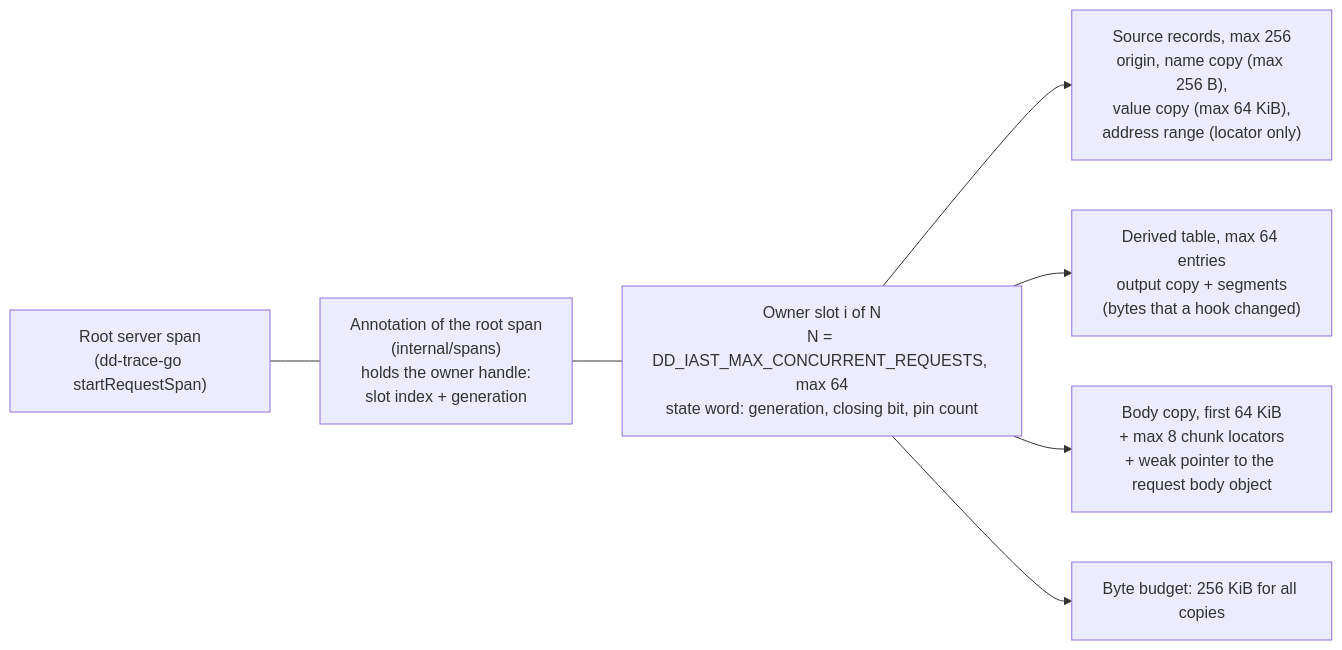
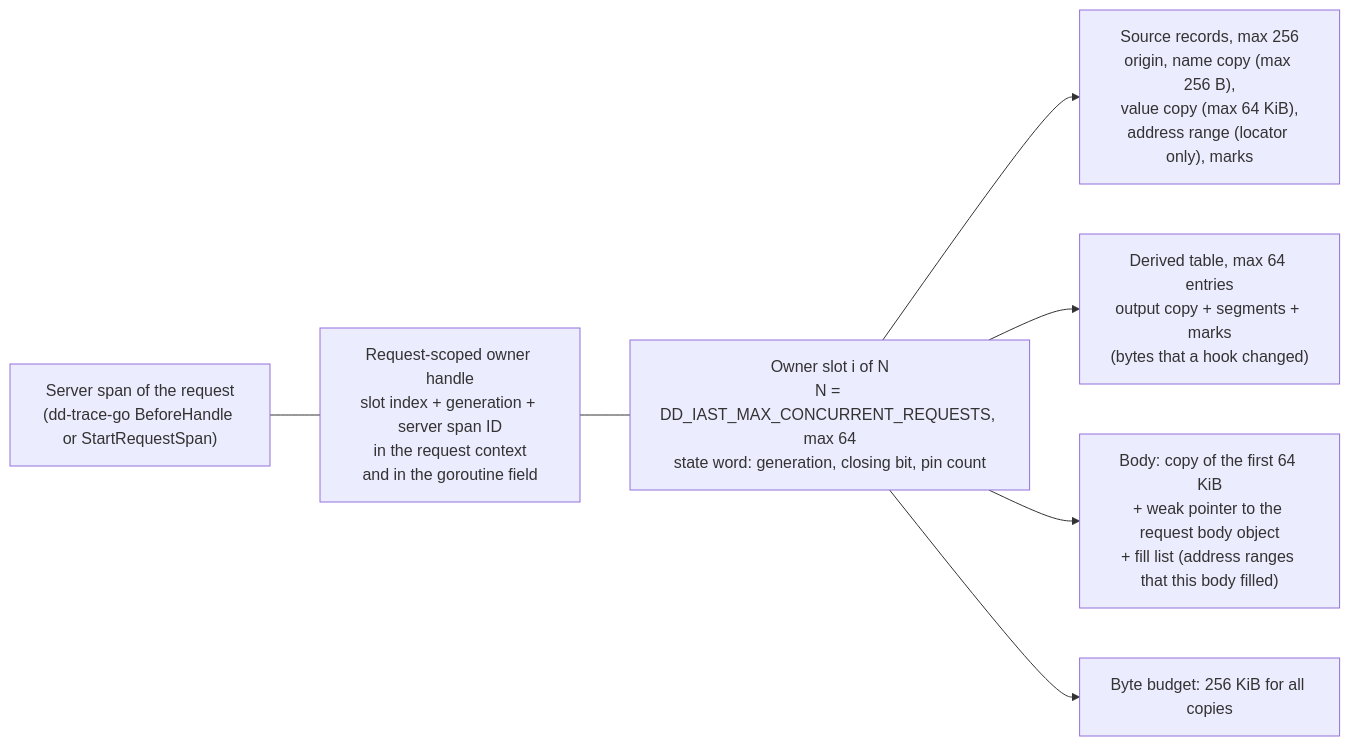
One commit to DataDog/dd-iast-go changed the third of 7 diagrams in _docs/design/taint-tracking-v0.md. Above: the diagram before and after it, drawn with Mermaid. The commit also changed other lines of this file, not shown here.

````diff
--- a/_docs/design/taint-tracking-v0.md
+++ b/_docs/design/taint-tracking-v0.md
@@ -280,9 +323,9 @@
 ```mermaid
 flowchart LR
-  RS["Root server span<br/>(dd-trace-go startRequestSpan)"] --- ANN["Annotation of the root span<br/>(internal/spans)<br/>holds the owner handle:<br/>slot index + generation"]
-  ANN --- OW["Owner slot i of N<br/>N = DD_IAST_MAX_CONCURRENT_REQUESTS, max 64<br/>state word: generation, closing bit, pin count"]
-  OW --> SR["Source records, max 256<br/>origin, name copy (max 256 B),<br/>value copy (max 64 KiB),<br/>address range (locator only)"]
-  OW --> DT["Derived table, max 64 entries<br/>output copy + segments<br/>(bytes that a hook changed)"]
-  OW --> BC["Body copy, first 64 KiB<br/>+ max 8 chunk locators<br/>+ weak pointer to the request body object"]
+  SS["Server span of the request<br/>(dd-trace-go BeforeHandle or StartRequestSpan)"] --- H["Request-scoped owner handle<br/>slot index + generation + server span ID<br/>in the request context<br/>and in the goroutine field"]
+  H --- OW["Owner slot i of N<br/>N = DD_IAST_MAX_CONCURRENT_REQUESTS, max 64<br/>state word: generation, closing bit, pin count"]
+  OW --> SR["Source records, max 256<br/>origin, name copy (max 256 B),<br/>value copy (max 64 KiB),<br/>address range (locator only), marks"]
+  OW --> DT["Derived table, max 64 entries<br/>output copy + segments + marks<br/>(bytes that a hook changed)"]
+  OW --> BC["Body: copy of the first 64 KiB<br/>+ weak pointer to the request body object<br/>+ fill list (address ranges that this body filled)"]
   OW --> BUD["Byte budget: 256 KiB for all copies"]
 ```
````
